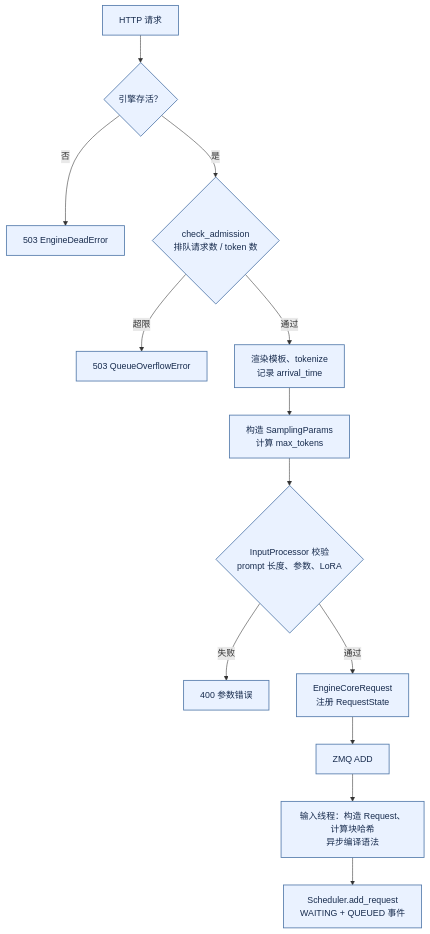
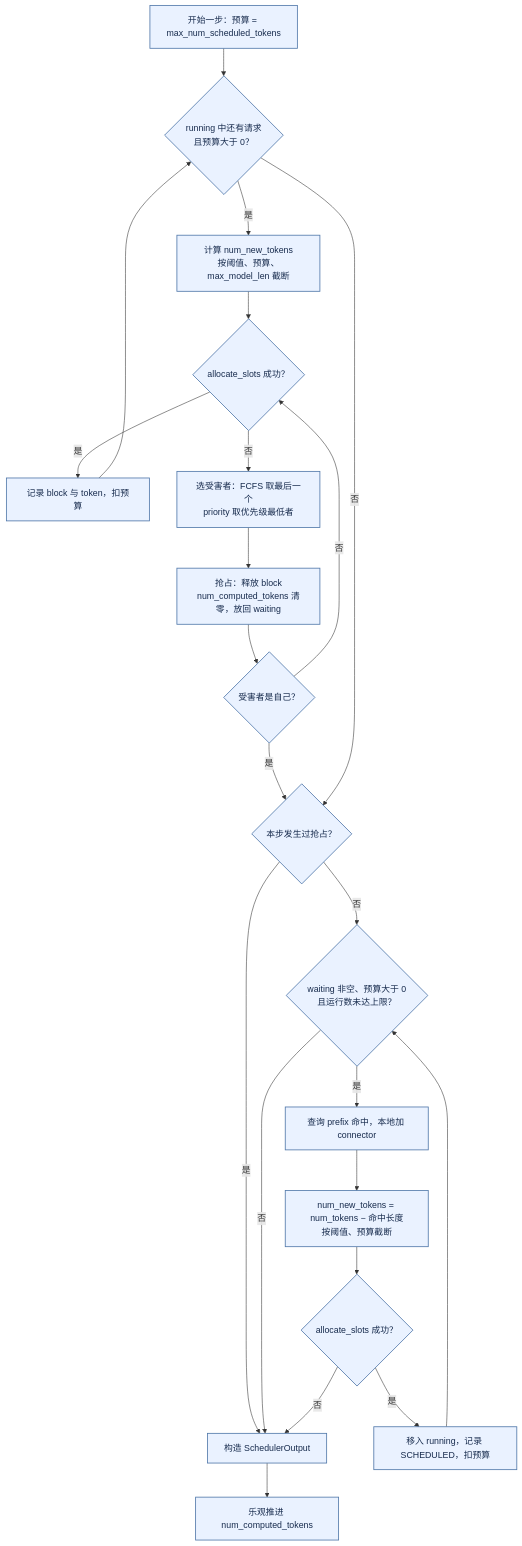
The tenth of 18 diagrams in books/ai-book/src/part2/03-inference.md (wxquare/wxquare.github.io), drawn with Mermaid before and after one commit. The commit also changed other lines of this file and 4 other files, not shown here.

````diff
--- a/books/ai-book/src/part2/03-inference.md
+++ b/books/ai-book/src/part2/03-inference.md
@@ -1313,16 +573,23 @@
 ```mermaid
 flowchart TD
-    A["HTTP 请求"] --> B{"引擎存活？"}
-    B -- 否 --> X1["503 EngineDeadError"]
-    B -- 是 --> C{"check_admission<br/>排队请求数 / token 数"}
-    C -- 超限 --> X2["503 QueueOverflowError"]
-    C -- 通过 --> D["渲染模板、tokenize<br/>记录 arrival_time"]
-    D --> E["构造 SamplingParams<br/>计算 max_tokens"]
-    E --> F{"InputProcessor 校验<br/>prompt 长度、参数、LoRA"}
-    F -- 失败 --> X3["400 参数错误"]
-    F -- 通过 --> G["EngineCoreRequest<br/>注册 RequestState"]
-    G --> H["ZMQ ADD"]
-    H --> I["输入线程：构造 Request、计算块哈希<br/>异步编译语法"]
-    I --> J["Scheduler.add_request<br/>WAITING + QUEUED 事件"]
+    S0["开始一步：预算 = max_num_scheduled_tokens"] --> R0{"running 中还有请求<br/>且预算大于 0？"}
+    R0 -- 是 --> R1["计算 num_new_tokens<br/>按阈值、预算、max_model_len 截断"]
+    R1 --> R2{"allocate_slots 成功？"}
+    R2 -- 是 --> R3["记录 block 与 token，扣预算"] --> R0
+    R2 -- 否 --> R4["选受害者：FCFS 取最后一个<br/>priority 取优先级最低者"]
+    R4 --> R5["抢占：释放 block<br/>num_computed_tokens 清零，放回 waiting"]
+    R5 --> R6{"受害者是自己？"}
+    R6 -- 否 --> R2
+    R6 -- 是 --> W0
+    R0 -- 否 --> W0{"本步发生过抢占？"}
+    W0 -- 是 --> O["构造 SchedulerOutput"]
+    W0 -- 否 --> W1{"waiting 非空、预算大于 0<br/>且运行数未达上限？"}
+    W1 -- 否 --> O
+    W1 -- 是 --> W2["查询 prefix 命中，本地加 connector"]
+    W2 --> W3["num_new_tokens = num_tokens − 命中长度<br/>按阈值、预算截断"]
+    W3 --> W4{"allocate_slots 成功？"}
+    W4 -- 否 --> O
+    W4 -- 是 --> W5["移入 running，记录 SCHEDULED，扣预算"] --> W1
+    O --> U["乐观推进 num_computed_tokens"]
     classDef default fill:#eaf2ff,stroke:#5279aa,stroke-width:1.5px,color:#172b4d;
 ```
````
